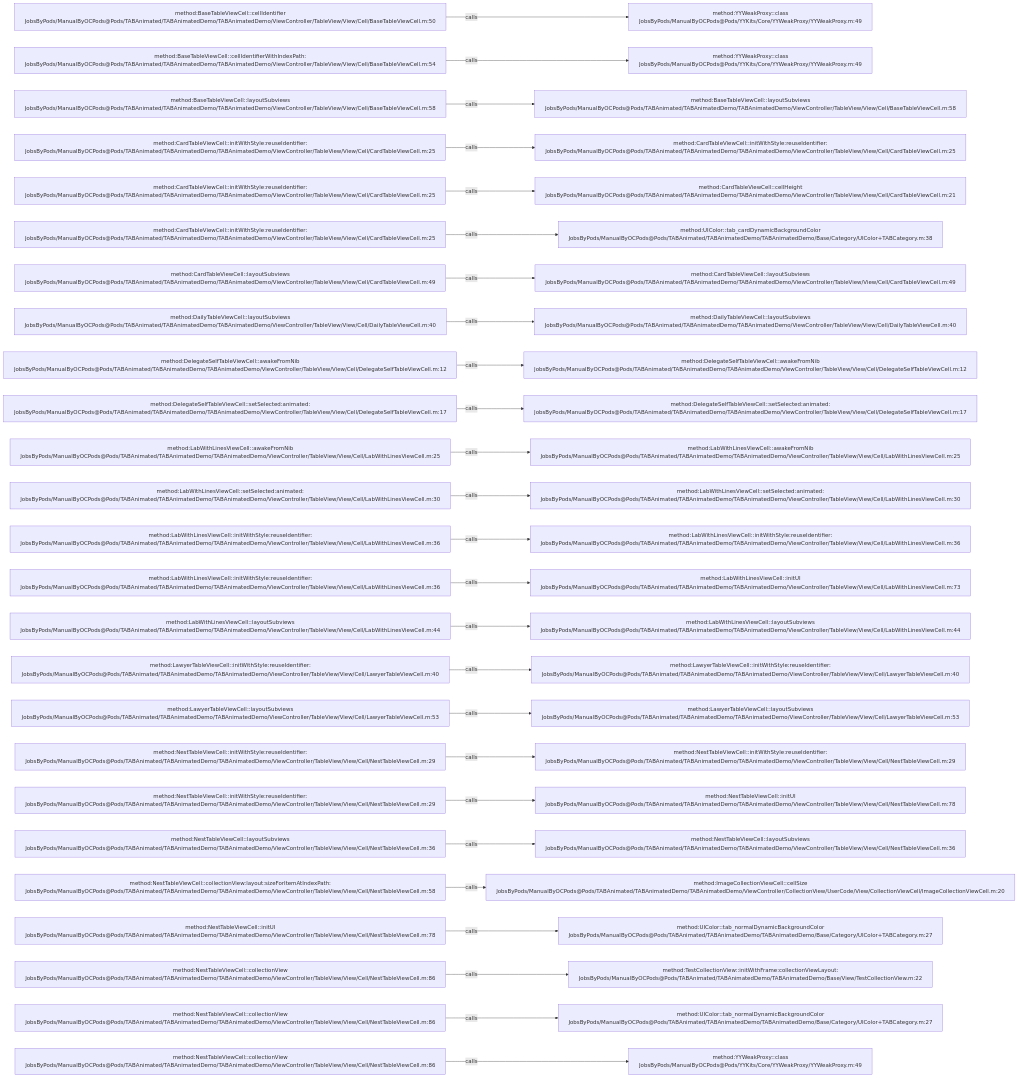
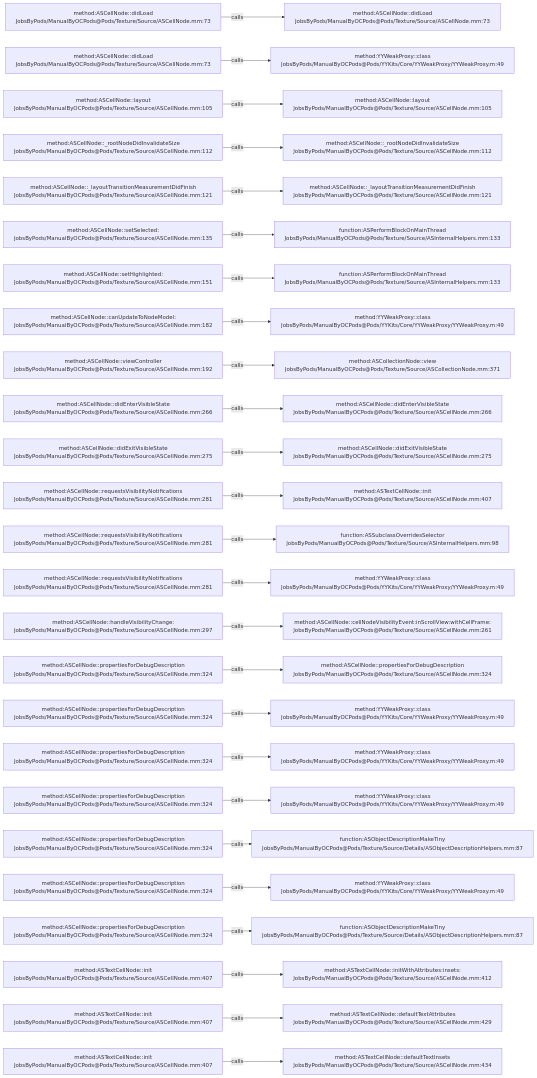
The diagram in .codegraph/codegraph.md/graphs/calls-059.md (JobsKits/JobsOCBaseConfigDemo), drawn with Mermaid before and after one commit. The commit also changed 2723 other files, not shown here.

````diff
--- a/.codegraph/codegraph.md/graphs/calls-059.md
+++ b/.codegraph/codegraph.md/graphs/calls-059.md
@@ -13,78 +13,78 @@
 ```mermaid
 flowchart LR
-  S1["method:BaseTableViewCell::cellIdentifier<br/>JobsByPods/ManualByOCPods@Pods/TABAnimated/TABAnimatedDemo/TABAnimatedDemo/ViewController/TableView/View/Cell/BaseTableViewCell.m:50"]
-  T1["method:YYWeakProxy::class<br/>JobsByPods/ManualByOCPods@Pods/YYKits/Core/YYWeakProxy/YYWeakProxy.m:49"]
+  S1["method:ASCellNode::didLoad<br/>JobsByPods/ManualByOCPods@Pods/Texture/Source/ASCellNode.mm:73"]
+  T1["method:ASCellNode::didLoad<br/>JobsByPods/ManualByOCPods@Pods/Texture/Source/ASCellNode.mm:73"]
   S1 -->|calls| T1
-  S2["method:BaseTableViewCell::cellIdentifierWithIndexPath:<br/>JobsByPods/ManualByOCPods@Pods/TABAnimated/TABAnimatedDemo/TABAnimatedDemo/ViewController/TableView/View/Cell/BaseTableViewCell.m:54"]
+  S2["method:ASCellNode::didLoad<br/>JobsByPods/ManualByOCPods@Pods/Texture/Source/ASCellNode.mm:73"]
   T2["method:YYWeakProxy::class<br/>JobsByPods/ManualByOCPods@Pods/YYKits/Core/YYWeakProxy/YYWeakProxy.m:49"]
   S2 -->|calls| T2
-  S3["method:BaseTableViewCell::layoutSubviews<br/>JobsByPods/ManualByOCPods@Pods/TABAnimated/TABAnimatedDemo/TABAnimatedDemo/ViewController/TableView/View/Cell/BaseTableViewCell.m:58"]
-  T3["method:BaseTableViewCell::layoutSubviews<br/>JobsByPods/ManualByOCPods@Pods/TABAnimated/TABAnimatedDemo/TABAnimatedDemo/ViewController/TableView/View/Cell/BaseTableViewCell.m:58"]
+  S3["method:ASCellNode::layout<br/>JobsByPods/ManualByOCPods@Pods/Texture/Source/ASCellNode.mm:105"]
+  T3["method:ASCellNode::layout<br/>JobsByPods/ManualByOCPods@Pods/Texture/Source/ASCellNode.mm:105"]
   S3 -->|calls| T3
-  S4["method:CardTableViewCell::initWithStyle:reuseIdentifier:<br/>JobsByPods/ManualByOCPods@Pods/TABAnimated/TABAnimatedDemo/TABAnimatedDemo/ViewController/TableView/View/Cell/CardTableViewCell.m:25"]
-  T4["method:CardTableViewCell::initWithStyle:reuseIdentifier:<br/>JobsByPods/ManualByOCPods@Pods/TABAnimated/TABAnimatedDemo/TABAnimatedDemo/ViewController/TableView/View/Cell/CardTableViewCell.m:25"]
+  S4["method:ASCellNode::_rootNodeDidInvalidateSize<br/>JobsByPods/ManualByOCPods@Pods/Texture/Source/ASCellNode.mm:112"]
+  T4["method:ASCellNode::_rootNodeDidInvalidateSize<br/>JobsByPods/ManualByOCPods@Pods/Texture/Source/ASCellNode.mm:112"]
   S4 -->|calls| T4
-  S5["method:CardTableViewCell::initWithStyle:reuseIdentifier:<br/>JobsByPods/ManualByOCPods@Pods/TABAnimated/TABAnimatedDemo/TABAnimatedDemo/ViewController/TableView/View/Cell/CardTableViewCell.m:25"]
-  T5["method:CardTableViewCell::cellHeight<br/>JobsByPods/ManualByOCPods@Pods/TABAnimated/TABAnimatedDemo/TABAnimatedDemo/ViewController/TableView/View/Cell/CardTableViewCell.m:21"]
+  S5["method:ASCellNode::_layoutTransitionMeasurementDidFinish<br/>JobsByPods/ManualByOCPods@Pods/Texture/Source/ASCellNode.mm:121"]
+  T5["method:ASCellNode::_layoutTransitionMeasurementDidFinish<br/>JobsByPods/ManualByOCPods@Pods/Texture/Source/ASCellNode.mm:121"]
   S5 -->|calls| T5
-  S6["method:CardTableViewCell::initWithStyle:reuseIdentifier:<br/>JobsByPods/ManualByOCPods@Pods/TABAnimated/TABAnimatedDemo/TABAnimatedDemo/ViewController/TableView/View/Cell/CardTableViewCell.m:25"]
-  T6["method:UIColor::tab_cardDynamicBackgroundColor<br/>JobsByPods/ManualByOCPods@Pods/TABAnimated/TABAnimatedDemo/TABAnimatedDemo/Base/Category/UIColor+TABCategory.m:38"]
+  S6["method:ASCellNode::setSelected:<br/>JobsByPods/ManualByOCPods@Pods/Texture/Source/ASCellNode.mm:135"]
+  T6["function:ASPerformBlockOnMainThread<br/>JobsByPods/ManualByOCPods@Pods/Texture/Source/ASInternalHelpers.mm:133"]
   S6 -->|calls| T6
-  S7["method:CardTableViewCell::layoutSubviews<br/>JobsByPods/ManualByOCPods@Pods/TABAnimated/TABAnimatedDemo/TABAnimatedDemo/ViewController/TableView/View/Cell/CardTableViewCell.m:49"]
-  T7["method:CardTableViewCell::layoutSubviews<br/>JobsByPods/ManualByOCPods@Pods/TABAnimated/TABAnimatedDemo/TABAnimatedDemo/ViewController/TableView/View/Cell/CardTableViewCell.m:49"]
+  S7["method:ASCellNode::setHighlighted:<br/>JobsByPods/ManualByOCPods@Pods/Texture/Source/ASCellNode.mm:151"]
+  T7["function:ASPerformBlockOnMainThread<br/>JobsByPods/ManualByOCPods@Pods/Texture/Source/ASInternalHelpers.mm:133"]
   S7 -->|calls| T7
-  S8["method:DailyTableViewCell::layoutSubviews<br/>JobsByPods/ManualByOCPods@Pods/TABAnimated/TABAnimatedDemo/TABAnimatedDemo/ViewController/TableView/View/Cell/DailyTableViewCell.m:40"]
-  T8["method:DailyTableViewCell::layoutSubviews<br/>JobsByPods/ManualByOCPods@Pods/TABAnimated/TABAnimatedDemo/TABAnimatedDemo/ViewController/TableView/View/Cell/DailyTableViewCell.m:40"]
+  S8["method:ASCellNode::canUpdateToNodeModel:<br/>JobsByPods/ManualByOCPods@Pods/Texture/Source/ASCellNode.mm:182"]
+  T8["method:YYWeakProxy::class<br/>JobsByPods/ManualByOCPods@Pods/YYKits/Core/YYWeakProxy/YYWeakProxy.m:49"]
   S8 -->|calls| T8
-  S9["method:DelegateSelfTableViewCell::awakeFromNib<br/>JobsByPods/ManualByOCPods@Pods/TABAnimated/TABAnimatedDemo/TABAnimatedDemo/ViewController/TableView/View/Cell/DelegateSelfTableViewCell.m:12"]
-  T9["method:DelegateSelfTableViewCell::awakeFromNib<br/>JobsByPods/ManualByOCPods@Pods/TABAnimated/TABAnimatedDemo/TABAnimatedDemo/ViewController/TableView/View/Cell/DelegateSelfTableViewCell.m:12"]
+  S9["method:ASCellNode::viewController<br/>JobsByPods/ManualByOCPods@Pods/Texture/Source/ASCellNode.mm:192"]
+  T9["method:ASCollectionNode::view<br/>JobsByPods/ManualByOCPods@Pods/Texture/Source/ASCollectionNode.mm:371"]
   S9 -->|calls| T9
-  S10["method:DelegateSelfTableViewCell::setSelected:animated:<br/>JobsByPods/ManualByOCPods@Pods/TABAnimated/TABAnimatedDemo/TABAnimatedDemo/ViewController/TableView/View/Cell/DelegateSelfTableViewCell.m:17"]
-  T10["method:DelegateSelfTableViewCell::setSelected:animated:<br/>JobsByPods/ManualByOCPods@Pods/TABAnimated/TABAnimatedDemo/TABAnimatedDemo/ViewController/TableView/View/Cell/DelegateSelfTableViewCell.m:17"]
+  S10["method:ASCellNode::didEnterVisibleState<br/>JobsByPods/ManualByOCPods@Pods/Texture/Source/ASCellNode.mm:266"]
+  T10["method:ASCellNode::didEnterVisibleState<br/>JobsByPods/ManualByOCPods@Pods/Texture/Source/ASCellNode.mm:266"]
   S10 -->|calls| T10
-  S11["method:LabWithLinesViewCell::awakeFromNib<br/>JobsByPods/ManualByOCPods@Pods/TABAnimated/TABAnimatedDemo/TABAnimatedDemo/ViewController/TableView/View/Cell/LabWithLinesViewCell.m:25"]
-  T11["method:LabWithLinesViewCell::awakeFromNib<br/>JobsByPods/ManualByOCPods@Pods/TABAnimated/TABAnimatedDemo/TABAnimatedDemo/ViewController/TableView/View/Cell/LabWithLinesViewCell.m:25"]
+  S11["method:ASCellNode::didExitVisibleState<br/>JobsByPods/ManualByOCPods@Pods/Texture/Source/ASCellNode.mm:275"]
+  T11["method:ASCellNode::didExitVisibleState<br/>JobsByPods/ManualByOCPods@Pods/Texture/Source/ASCellNode.mm:275"]
   S11 -->|calls| T11
-  S12["method:LabWithLinesViewCell::setSelected:animated:<br/>JobsByPods/ManualByOCPods@Pods/TABAnimated/TABAnimatedDemo/TABAnimatedDemo/ViewController/TableView/View/Cell/LabWithLinesViewCell.m:30"]
-  T12["method:LabWithLinesViewCell::setSelected:animated:<br/>JobsByPods/ManualByOCPods@Pods/TABAnimated/TABAnimatedDemo/TABAnimatedDemo/ViewController/TableView/View/Cell/LabWithLinesViewCell.m:30"]
+  S12["method:ASCellNode::requestsVisibilityNotifications<br/>JobsByPods/ManualByOCPods@Pods/Texture/Source/ASCellNode.mm:281"]
+  T12["method:ASTextCellNode::init<br/>JobsByPods/ManualByOCPods@Pods/Texture/Source/ASCellNode.mm:407"]
   S12 -->|calls| T12
-  S13["method:LabWithLinesViewCell::initWithStyle:reuseIdentifier:<br/>JobsByPods/ManualByOCPods@Pods/TABAnimated/TABAnimatedDemo/TABAnimatedDemo/ViewController/TableView/View/Cell/LabWithLinesViewCell.m:36"]
-  T13["method:LabWithLinesViewCell::initWithStyle:reuseIdentifier:<br/>JobsByPods/ManualByOCPods@Pods/TABAnimated/TABAnimatedDemo/TABAnimatedDemo/ViewController/TableView/View/Cell/LabWithLinesViewCell.m:36"]
+  S13["method:ASCellNode::requestsVisibilityNotifications<br/>JobsByPods/ManualByOCPods@Pods/Texture/Source/ASCellNode.mm:281"]
+  T13["function:ASSubclassOverridesSelector<br/>JobsByPods/ManualByOCPods@Pods/Texture/Source/ASInternalHelpers.mm:98"]
   S13 -->|calls| T13
-  S14["method:LabWithLinesViewCell::initWithStyle:reuseIdentifier:<br/>JobsByPods/ManualByOCPods@Pods/TABAnimated/TABAnimatedDemo/TABAnimatedDemo/ViewController/TableView/View/Cell/LabWithLinesViewCell.m:36"]
-  T14["method:LabWithLinesViewCell::initUI<br/>JobsByPods/ManualByOCPods@Pods/TABAnimated/TABAnimatedDemo/TABAnimatedDemo/ViewController/TableView/View/Cell/LabWithLinesViewCell.m:73"]
+  S14["method:ASCellNode::requestsVisibilityNotifications<br/>JobsByPods/ManualByOCPods@Pods/Texture/Source/ASCellNode.mm:281"]
+  T14["method:YYWeakProxy::class<br/>JobsByPods/ManualByOCPods@Pods/YYKits/Core/YYWeakProxy/YYWeakProxy.m:49"]
   S14 -->|calls| T14
-  S15["method:LabWithLinesViewCell::layoutSubviews<br/>JobsByPods/ManualByOCPods@Pods/TABAnimated/TABAnimatedDemo/TABAnimatedDemo/ViewController/TableView/View/Cell/LabWithLinesViewCell.m:44"]
-  T15["method:LabWithLinesViewCell::layoutSubviews<br/>JobsByPods/ManualByOCPods@Pods/TABAnimated/TABAnimatedDemo/TABAnimatedDemo/ViewController/TableView/View/Cell/LabWithLinesViewCell.m:44"]
+  S15["method:ASCellNode::handleVisibilityChange:<br/>JobsByPods/ManualByOCPods@Pods/Texture/Source/ASCellNode.mm:297"]
+  T15["method:ASCellNode::cellNodeVisibilityEvent:inScrollView:withCellFrame:<br/>JobsByPods/ManualByOCPods@Pods/Texture/Source/ASCellNode.mm:261"]
   S15 -->|calls| T15
-  S16["method:LawyerTableViewCell::initWithStyle:reuseIdentifier:<br/>JobsByPods/ManualByOCPods@Pods/TABAnimated/TABAnimatedDemo/TABAnimatedDemo/ViewController/TableView/View/Cell/LawyerTableViewCell.m:40"]
-  T16["method:LawyerTableViewCell::initWithStyle:reuseIdentifier:<br/>JobsByPods/ManualByOCPods@Pods/TABAnimated/TABAnimatedDemo/TABAnimatedDemo/ViewController/TableView/View/Cell/LawyerTableViewCell.m:40"]
+  S16["method:ASCellNode::propertiesForDebugDescription<br/>JobsByPods/ManualByOCPods@Pods/Texture/Source/ASCellNode.mm:324"]
+  T16["method:ASCellNode::propertiesForDebugDescription<br/>JobsByPods/ManualByOCPods@Pods/Texture/Source/ASCellNode.mm:324"]
   S16 -->|calls| T16
-  S17["method:LawyerTableViewCell::layoutSubviews<br/>JobsByPods/ManualByOCPods@Pods/TABAnimated/TABAnimatedDemo/TABAnimatedDemo/ViewController/TableView/View/Cell/LawyerTableViewCell.m:53"]
-  T17["method:LawyerTableViewCell::layoutSubviews<br/>JobsByPods/ManualByOCPods@Pods/TABAnimated/TABAnimatedDemo/TABAnimatedDemo/ViewController/TableView/View/Cell/LawyerTableViewCell.m:53"]
+  S17["method:ASCellNode::propertiesForDebugDescription<br/>JobsByPods/ManualByOCPods@Pods/Texture/Source/ASCellNode.mm:324"]
+  T17["method:YYWeakProxy::class<br/>JobsByPods/ManualByOCPods@Pods/YYKits/Core/YYWeakProxy/YYWeakProxy.m:49"]
   S17 -->|calls| T17
-  S18["method:NestTableViewCell::initWithStyle:reuseIdentifier:<br/>JobsByPods/ManualByOCPods@Pods/TABAnimated/TABAnimatedDemo/TABAnimatedDemo/ViewController/TableView/View/Cell/NestTableViewCell.m:29"]
-  T18["method:NestTableViewCell::initWithStyle:reuseIdentifier:<br/>JobsByPods/ManualByOCPods@Pods/TABAnimated/TABAnimatedDemo/TABAnimatedDemo/ViewController/TableView/View/Cell/NestTableViewCell.m:29"]
+  S18["method:ASCellNode::propertiesForDebugDescription<br/>JobsByPods/ManualByOCPods@Pods/Texture/Source/ASCellNode.mm:324"]
+  T18["method:YYWeakProxy::class<br/>JobsByPods/ManualByOCPods@Pods/YYKits/Core/YYWeakProxy/YYWeakProxy.m:49"]
   S18 -->|calls| T18
-  S19["method:NestTableViewCell::initWithStyle:reuseIdentifier:<br/>JobsByPods/ManualByOCPods@Pods/TABAnimated/TABAnimatedDemo/TABAnimatedDemo/ViewController/TableView/View/Cell/NestTableViewCell.m:29"]
-  T19["method:NestTableViewCell::initUI<br/>JobsByPods/ManualByOCPods@Pods/TABAnimated/TABAnimatedDemo/TABAnimatedDemo/ViewController/TableView/View/Cell/NestTableViewCell.m:78"]
+  S19["method:ASCellNode::propertiesForDebugDescription<br/>JobsByPods/ManualByOCPods@Pods/Texture/Source/ASCellNode.mm:324"]
+  T19["method:YYWeakProxy::class<br/>JobsByPods/ManualByOCPods@Pods/YYKits/Core/YYWeakProxy/YYWeakProxy.m:49"]
   S19 -->|calls| T19
-  S20["method:NestTableViewCell::layoutSubviews<br/>JobsByPods/ManualByOCPods@Pods/TABAnimated/TABAnimatedDemo/TABAnimatedDemo/ViewController/TableView/View/Cell/NestTableViewCell.m:36"]
-  T20["method:NestTableViewCell::layoutSubviews<br/>JobsByPods/ManualByOCPods@Pods/TABAnimated/TABAnimatedDemo/TABAnimatedDemo/ViewController/TableView/View/Cell/NestTableViewCell.m:36"]
+  S20["method:ASCellNode::propertiesForDebugDescription<br/>JobsByPods/ManualByOCPods@Pods/Texture/Source/ASCellNode.mm:324"]
+  T20["function:ASObjectDescriptionMakeTiny<br/>JobsByPods/ManualByOCPods@Pods/Texture/Source/Details/ASObjectDescriptionHelpers.mm:87"]
   S20 -->|calls| T20
-  S21["method:NestTableViewCell::collectionView:layout:sizeForItemAtIndexPath:<br/>JobsByPods/ManualByOCPods@Pods/TABAnimated/TABAnimatedDemo/TABAnimatedDemo/ViewController/TableView/View/Cell/NestTableViewCell.m:58"]
-  T21["method:ImageCollectionViewCell::cellSize<br/>JobsByPods/ManualByOCPods@Pods/TABAnimated/TABAnimatedDemo/TABAnimatedDemo/ViewController/CollectionView/UserCode/View/CollectionViewCell/ImageCollectionViewCell.m:20"]
+  S21["method:ASCellNode::propertiesForDebugDescription<br/>JobsByPods/ManualByOCPods@Pods/Texture/Source/ASCellNode.mm:324"]
+  T21["method:YYWeakProxy::class<br/>JobsByPods/ManualByOCPods@Pods/YYKits/Core/YYWeakProxy/YYWeakProxy.m:49"]
   S21 -->|calls| T21
-  S22["method:NestTableViewCell::initUI<br/>JobsByPods/ManualByOCPods@Pods/TABAnimated/TABAnimatedDemo/TABAnimatedDemo/ViewController/TableView/View/Cell/NestTableViewCell.m:78"]
-  T22["method:UIColor::tab_normalDynamicBackgroundColor<br/>JobsByPods/ManualByOCPods@Pods/TABAnimated/TABAnimatedDemo/TABAnimatedDemo/Base/Category/UIColor+TABCategory.m:27"]
+  S22["method:ASCellNode::propertiesForDebugDescription<br/>JobsByPods/ManualByOCPods@Pods/Texture/Source/ASCellNode.mm:324"]
+  T22["function:ASObjectDescriptionMakeTiny<br/>JobsByPods/ManualByOCPods@Pods/Texture/Source/Details/ASObjectDescriptionHelpers.mm:87"]
   S22 -->|calls| T22
-  S23["method:NestTableViewCell::collectionView<br/>JobsByPods/ManualByOCPods@Pods/TABAnimated/TABAnimatedDemo/TABAnimatedDemo/ViewController/TableView/View/Cell/NestTableViewCell.m:86"]
-  T23["method:TestCollectionView::initWithFrame:collectionViewLayout:<br/>JobsByPods/ManualByOCPods@Pods/TABAnimated/TABAnimatedDemo/TABAnimatedDemo/Base/View/TestCollectionView.m:22"]
+  S23["method:ASTextCellNode::init<br/>JobsByPods/ManualByOCPods@Pods/Texture/Source/ASCellNode.mm:407"]
+  T23["method:ASTextCellNode::initWithAttributes:insets:<br/>JobsByPods/ManualByOCPods@Pods/Texture/Source/ASCellNode.mm:412"]
   S23 -->|calls| T23
-  S24["method:NestTableViewCell::collectionView<br/>JobsByPods/ManualByOCPods@Pods/TABAnimated/TABAnimatedDemo/TABAnimatedDemo/ViewController/TableView/View/Cell/NestTableViewCell.m:86"]
-  T24["method:UIColor::tab_normalDynamicBackgroundColor<br/>JobsByPods/ManualByOCPods@Pods/TABAnimated/TABAnimatedDemo/TABAnimatedDemo/Base/Category/UIColor+TABCategory.m:27"]
+  S24["method:ASTextCellNode::init<br/>JobsByPods/ManualByOCPods@Pods/Texture/Source/ASCellNode.mm:407"]
+  T24["method:ASTextCellNode::defaultTextAttributes<br/>JobsByPods/ManualByOCPods@Pods/Texture/Source/ASCellNode.mm:429"]
   S24 -->|calls| T24
-  S25["method:NestTableViewCell::collectionView<br/>JobsByPods/ManualByOCPods@Pods/TABAnimated/TABAnimatedDemo/TABAnimatedDemo/ViewController/TableView/View/Cell/NestTableViewCell.m:86"]
-  T25["method:YYWeakProxy::class<br/>JobsByPods/ManualByOCPods@Pods/YYKits/Core/YYWeakProxy/YYWeakProxy.m:49"]
+  S25["method:ASTextCellNode::init<br/>JobsByPods/ManualByOCPods@Pods/Texture/Source/ASCellNode.mm:407"]
+  T25["method:ASTextCellNode::defaultTextInsets<br/>JobsByPods/ManualByOCPods@Pods/Texture/Source/ASCellNode.mm:434"]
   S25 -->|calls| T25
 ```
````
